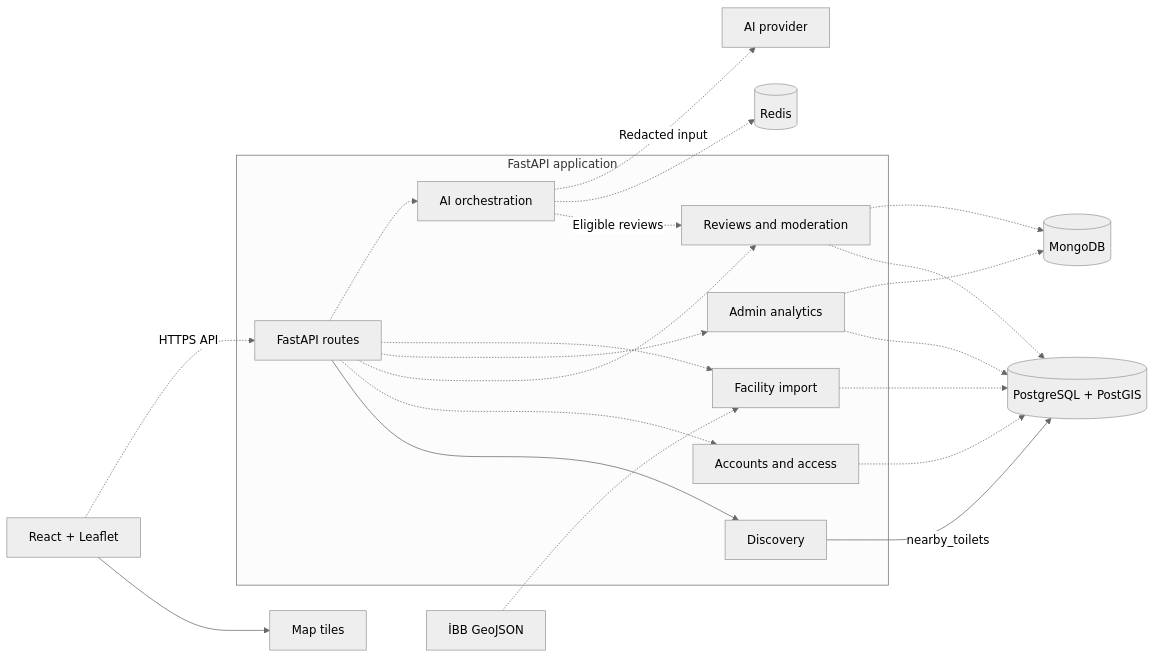
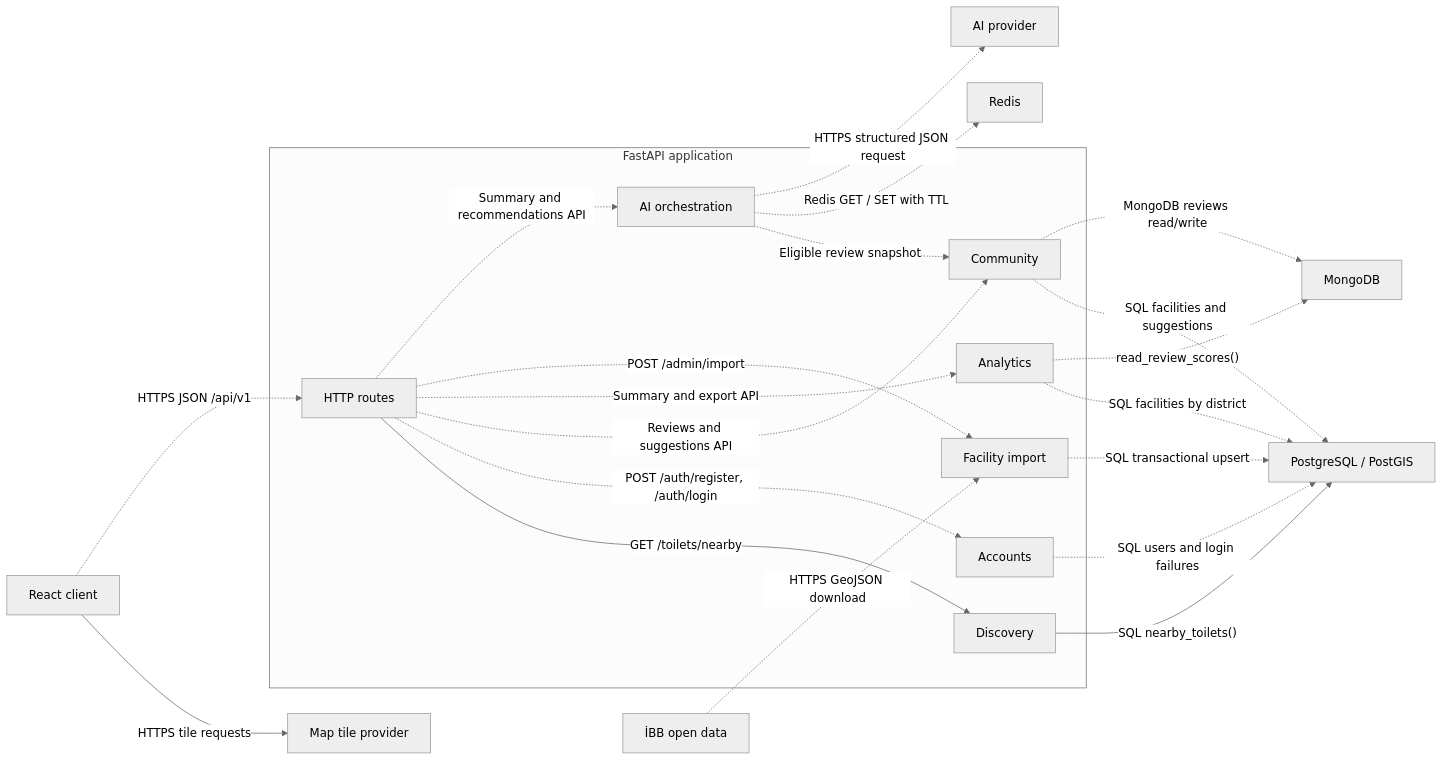
The diagram in docs/design/arch/components.md (akcedia/SmartLoo), drawn with Mermaid (neutral theme) before and after one commit. The commit also changed other lines of this file and 51 other files, not shown here.

````diff
--- a/docs/design/arch/components.md
+++ b/docs/design/arch/components.md
@@ -5,26 +5,24 @@
 ```mermaid
 flowchart LR
-    Browser[React + Leaflet] --> Tiles[Map tiles]
-    Browser -.->|HTTPS API| API[FastAPI routes]
-
-    subgraph Backend[FastAPI application]
-        API --> Search[Discovery]
-        API -.-> Auth[Accounts and access]
-        API -.-> Community[Reviews and moderation]
-        API -.-> Admin[Admin analytics]
-        API -.-> Import[Facility import]
-        API -.-> AI[AI orchestration]
+    UI["React client"] -->|"HTTPS tile requests"| Tiles["Map tile provider"]
+    UI -.->|"HTTPS JSON /api/v1"| API
+    subgraph FastAPI["FastAPI application"]
+        API["HTTP routes"] -->|"GET /toilets/nearby"| Search["Discovery"]
+        API -.->|"POST /auth/register, /auth/login"| Auth["Accounts"]
+        API -.->|"Reviews and suggestions API"| Community["Community"]
+        API -.->|"Summary and export API"| Admin["Analytics"]
+        API -.->|"POST /admin/import"| Import["Facility import"]
+        API -.->|"Summary and recommendations API"| AI["AI orchestration"]
     end
-
-    Search -->|nearby_toilets| PG[(PostgreSQL + PostGIS)]
-    Auth -.-> PG
-    Community -.-> PG
-    Community -.-> Mongo[(MongoDB)]
-    Admin -.-> PG
-    Admin -.-> Mongo
-    Import -.-> PG
-    IBB[İBB GeoJSON] -.-> Import
-    AI -.->|Eligible reviews| Community
-    AI -.-> Redis[(Redis)]
-    AI -.->|Redacted input| Provider[AI provider]
+    Search -->|"SQL nearby_toilets()"| PG["PostgreSQL / PostGIS"]
+    Auth -.->|"SQL users and login failures"| PG
+    Community -.->|"SQL facilities and suggestions"| PG
+    Community -.->|"MongoDB reviews read/write"| Mongo["MongoDB"]
+    Admin -.->|"SQL facilities by district"| PG
+    Admin -.->|"read_review_scores()"| Mongo
+    Import -.->|"SQL transactional upsert"| PG
+    IBB["İBB open data"] -.->|"HTTPS GeoJSON download"| Import
+    AI -.->|"Eligible review snapshot"| Community
+    AI -.->|"Redis GET / SET with TTL"| Redis["Redis"]
+    AI -.->|"HTTPS structured JSON request"| Provider["AI provider"]
 ```
````
